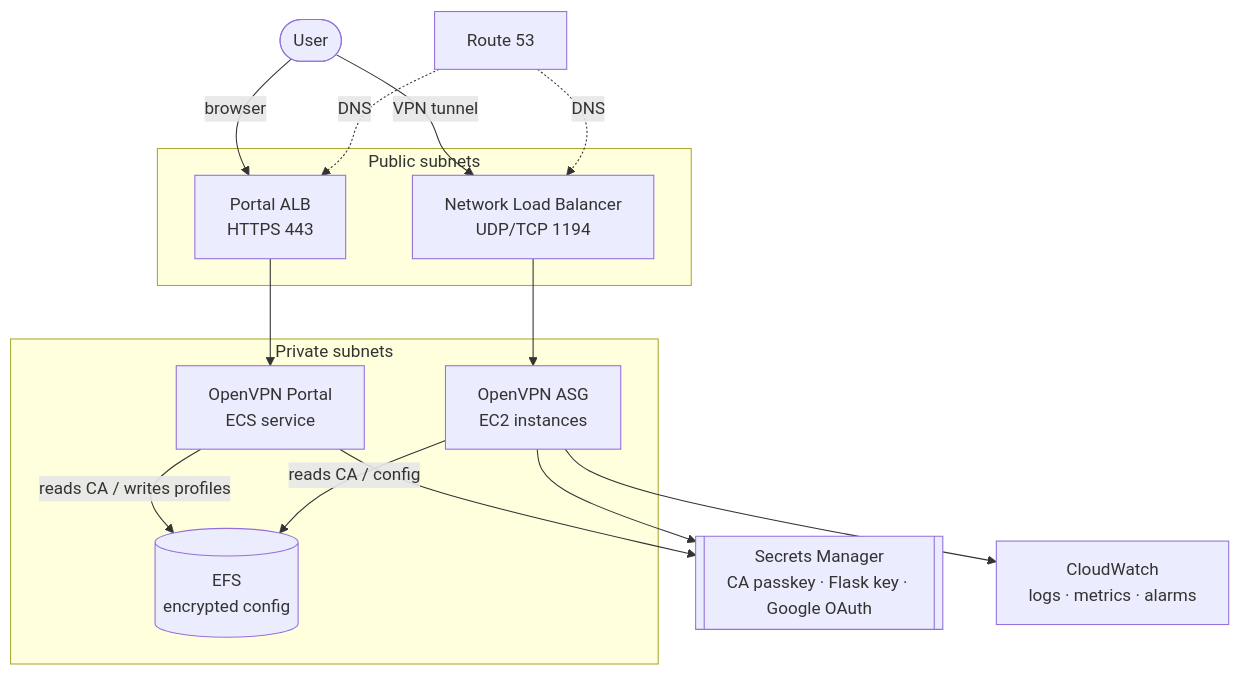
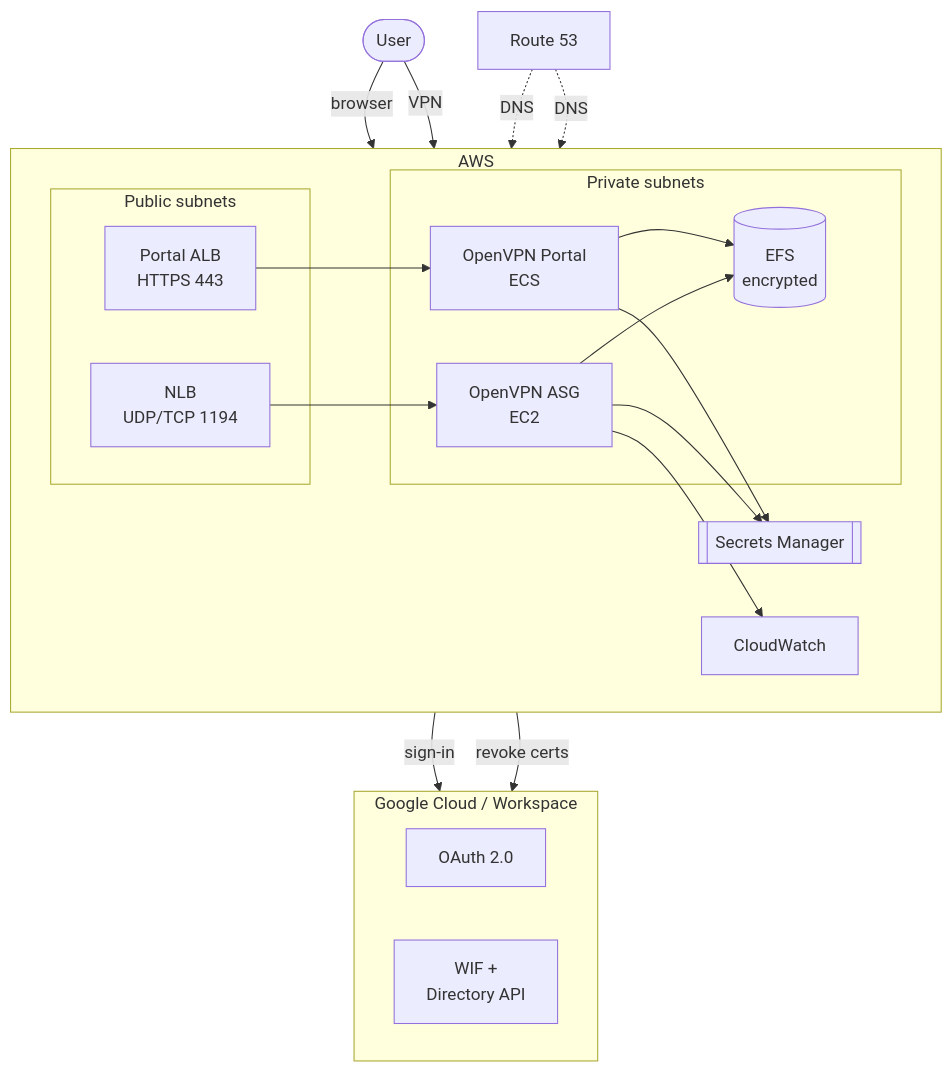
One commit to infrahouse/terraform-aws-openvpn changed the diagram in docs/architecture.md. Above: the diagram before and after it, drawn with Mermaid. The commit also changed other lines of this file and 25 other files, not shown here.

````diff
--- a/docs/architecture.md
+++ b/docs/architecture.md
@@ -7,29 +7,40 @@
 ```mermaid
 flowchart TB
     user([User])
+    r53[Route 53]
 
-    subgraph public[Public subnets]
-        nlb[Network Load Balancer<br/>UDP/TCP 1194]
-        alb[Portal ALB<br/>HTTPS 443]
+    subgraph aws[AWS]
+        direction LR
+        subgraph public[Public subnets]
+            alb[Portal ALB<br/>HTTPS 443]
+            nlb[NLB<br/>UDP/TCP 1194]
+        end
+        subgraph private[Private subnets]
+            portal[OpenVPN Portal<br/>ECS]
+            asg[OpenVPN ASG<br/>EC2]
+            efs[(EFS<br/>encrypted)]
+        end
+        secrets[[Secrets Manager]]
+        cw[CloudWatch]
     end
 
-    subgraph private[Private subnets]
-        asg[OpenVPN ASG<br/>EC2 instances]
-        portal[OpenVPN Portal<br/>ECS service]
-        efs[(EFS<br/>encrypted config)]
+    subgraph google[Google Cloud / Workspace]
+        direction LR
+        oauth[OAuth 2.0]
+        wif[WIF +<br/>Directory API]
     end
 
-    secrets[[Secrets Manager<br/>CA passkey · Flask key · Google OAuth]]
-    r53[Route 53]
-    cw[CloudWatch<br/>logs · metrics · alarms]
-
-    user -->|VPN tunnel| nlb --> asg
-    user -->|browser| alb --> portal
-    portal -->|reads CA / writes profiles| efs
-    asg -->|reads CA / config| efs
+    user -->|browser| alb
+    user -->|VPN| nlb
+    alb --> portal
+    nlb --> asg
+    r53 -.->|DNS| alb
+    r53 -.->|DNS| nlb
+    portal --> efs
+    asg --> efs
     portal --> secrets
     asg --> secrets
     asg --> cw
-    r53 -.->|DNS| nlb
-    r53 -.->|DNS| alb
+    portal -->|sign-in| oauth
+    asg -->|revoke certs| wif
 ```
````
